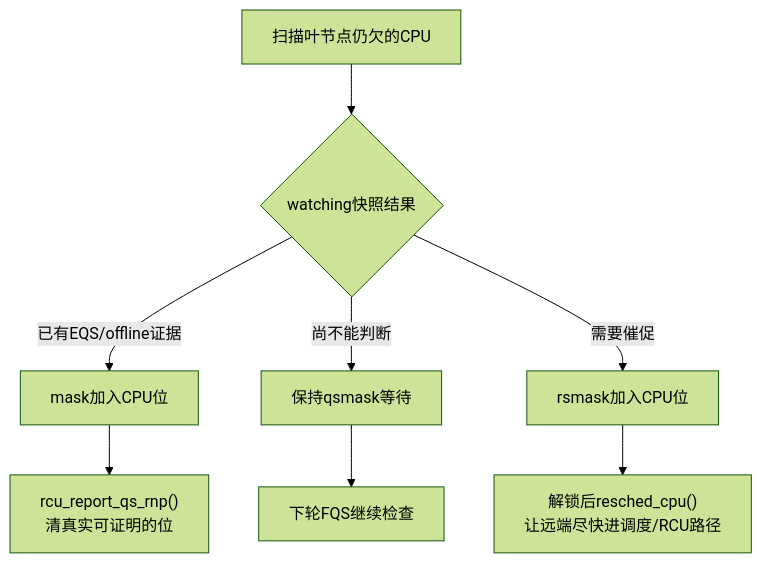
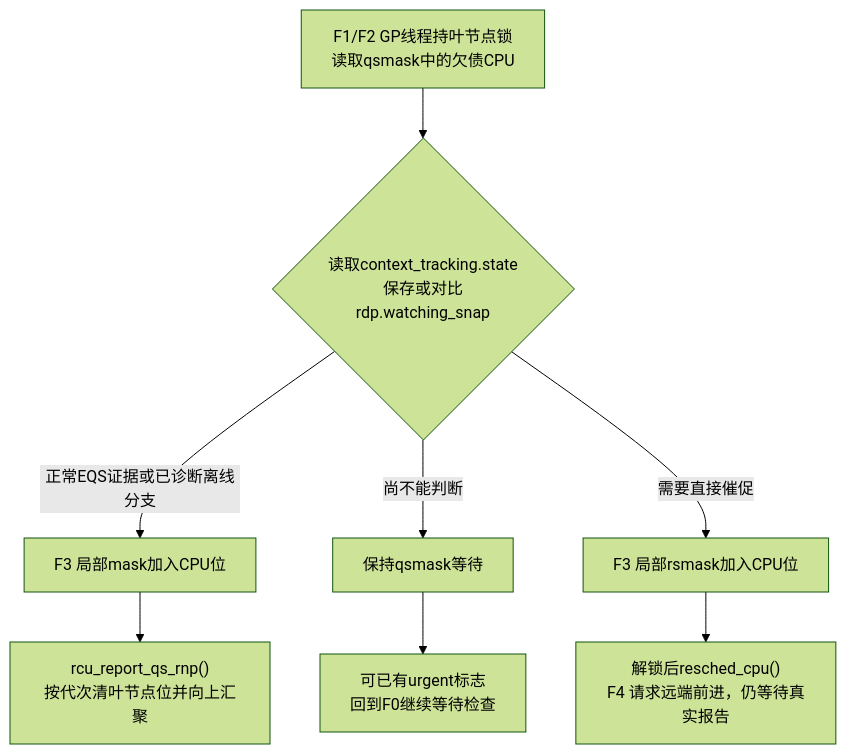
One commit to FormingSystem/linux_note changed the first of 2 diagrams in knowledge/linux/synchronization_and_asynchrony/synchronization/rcu/P14_Tree_RCU_force_QS迟延与Stall.md. Above: the diagram before and after it, drawn with Mermaid (forest theme). The commit also changed other lines of this file and 1 other file, not shown here.

First line of the commit message:
content(rcu/progress): 分开安全证据催促与迟延诊断

````diff
--- a/knowledge/linux/synchronization_and_asynchrony/synchronization/rcu/P14_Tree_RCU_force_QS迟延与Stall.md
+++ b/knowledge/linux/synchronization_and_asynchrony/synchronization/rcu/P14_Tree_RCU_force_QS迟延与Stall.md
@@ -106,10 +116,10 @@
 ```mermaid
 flowchart TD
-    A["扫描叶节点仍欠的CPU"] --> B{"watching快照结果"}
-    B -->|"已有EQS/offline证据"| C["mask加入CPU位"]
+    A["F1/F2 GP线程持叶节点锁<br/>读取qsmask中的欠债CPU"] --> B{"读取context_tracking.state<br/>保存或对比rdp.watching_snap"}
+    B -->|"正常EQS证据或已诊断离线分支"| C["F3 局部mask加入CPU位"]
     B -->|"尚不能判断"| D["保持qsmask等待"]
-    B -->|"需要催促"| E["rsmask加入CPU位"]
-    C --> F["rcu_report_qs_rnp()<br/>清真实可证明的位"]
-    E --> G["解锁后resched_cpu()<br/>让远端尽快进调度/RCU路径"]
-    D --> H["下轮FQS继续检查"]
+    B -->|"需要直接催促"| E["F3 局部rsmask加入CPU位"]
+    C --> F["rcu_report_qs_rnp()<br/>按代次清叶节点位并向上汇聚"]
+    E --> G["解锁后resched_cpu()<br/>F4 请求远端前进，仍等待真实报告"]
+    D --> H["可已有urgent标志<br/>回到F0继续等待检查"]
 ```
````
